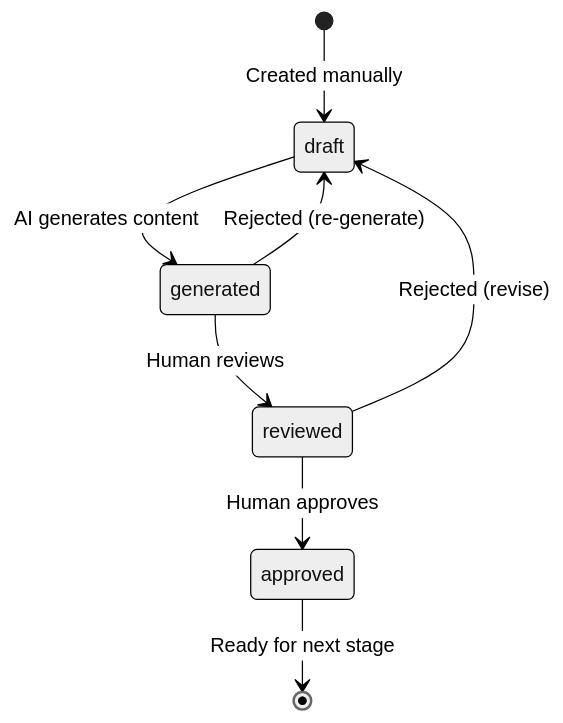
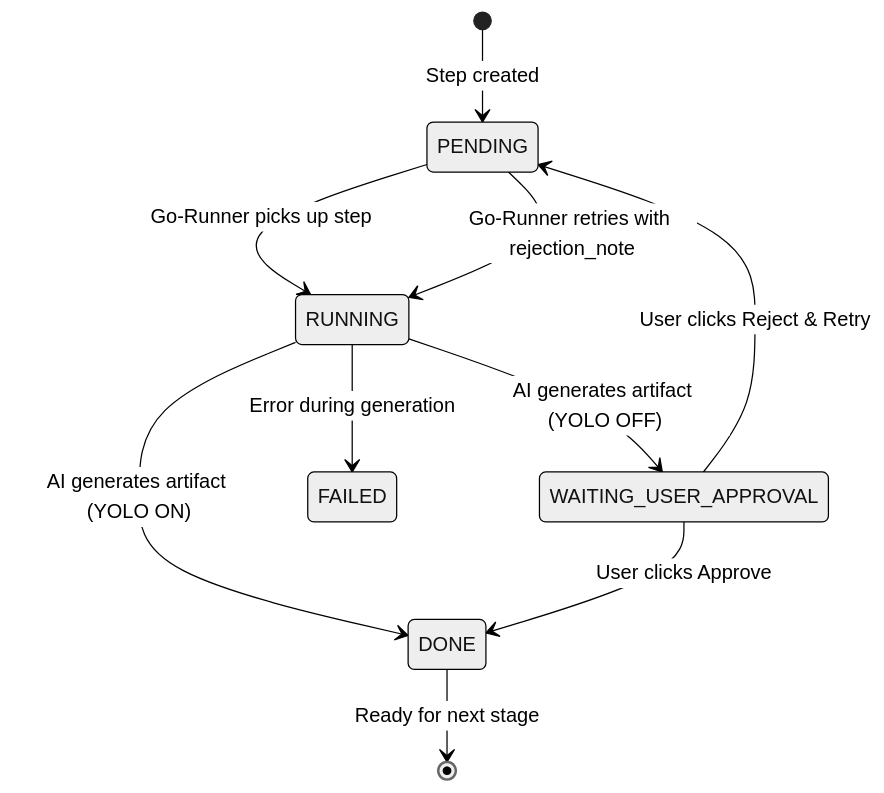
The diagram in requirements/07-Coding-Plan/CP-06-Document-Workflow.md (dattien96/flowpilot), drawn with Mermaid (neutral theme) before and after one commit. The commit also changed other lines of this file and 7 other files, not shown here.

````diff
--- a/requirements/07-Coding-Plan/CP-06-Document-Workflow.md
+++ b/requirements/07-Coding-Plan/CP-06-Document-Workflow.md
@@ -198,11 +237,12 @@
 ```mermaid
 stateDiagram-v2
-    [*] --> draft: Created manually
-    draft --> generated: AI generates content
-    generated --> reviewed: Human reviews
-    reviewed --> approved: Human approves
-    approved --> [*]: Ready for next stage
-    
-    reviewed --> draft: Rejected (revise)
-    generated --> draft: Rejected (re-generate)
+    [*] --> PENDING: Step created
+    PENDING --> RUNNING: Go-Runner picks up step
+    RUNNING --> WAITING_USER_APPROVAL: AI generates artifact (YOLO OFF)
+    RUNNING --> DONE: AI generates artifact (YOLO ON)
+    WAITING_USER_APPROVAL --> DONE: User clicks Approve
+    WAITING_USER_APPROVAL --> PENDING: User clicks Reject & Retry
+    PENDING --> RUNNING: Go-Runner retries with rejection_note
+    DONE --> [*]: Ready for next stage
+    RUNNING --> FAILED: Error during generation
 ```
````
